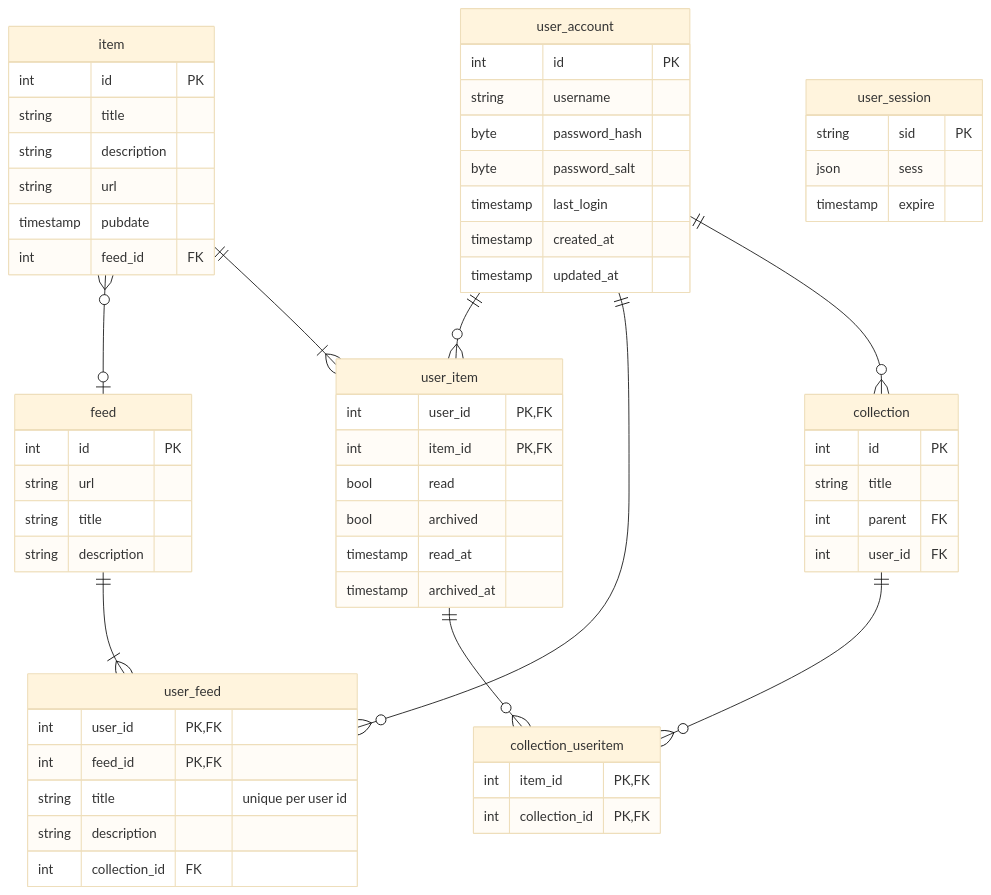
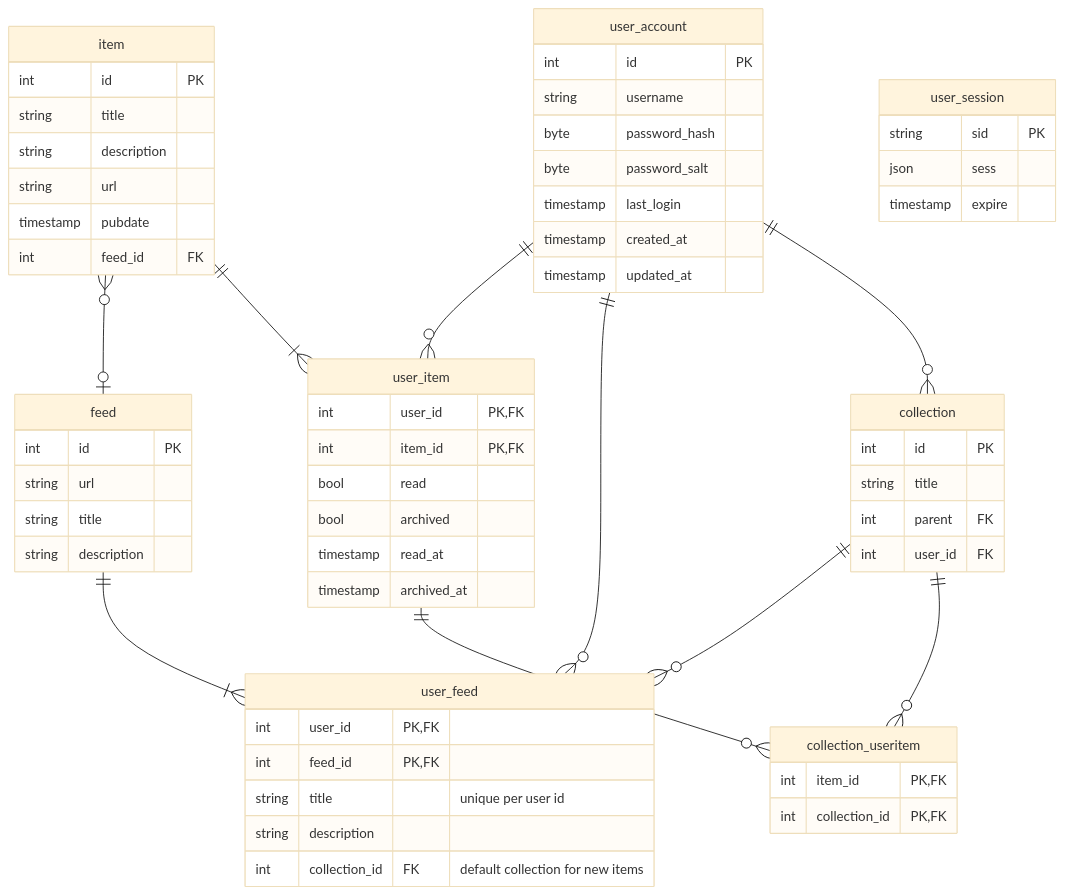
The diagram in database/README.md (tylershelton/inflow), drawn with Mermaid (base theme) before and after one commit.

Commit message:
Document new `user_feed.collection_id` column

````diff
--- a/database/README.md
+++ b/database/README.md
@@ -3,68 +3,69 @@
 ```mermaid
 erDiagram
   collection {
 	  int id PK
 	  string title
 	  int parent FK
 	  int user_id FK
 	}
 	feed {
 		int id PK
 		string url
 		string title
 		string description
 	}
 	item {
 		int id PK
 		string title
 		string description
 		string url
 		timestamp pubdate
 		int feed_id FK
 	}
 	user_account {
 		int id PK
 		string username
 		byte password_hash
 		byte password_salt
 		timestamp last_login
 		timestamp created_at
 		timestamp updated_at
 	}
 	user_session {
 		string sid PK
 		json sess
 		timestamp expire
 	}
 	collection_useritem {
 		int item_id PK,FK
 		int collection_id PK,FK
 	}
 	user_feed {
 		int user_id PK,FK
 		int feed_id PK,FK
 		string title "unique per user id"
 		string description
-		int collection_id FK
+		int collection_id FK "default collection for new items"
 	}
 	user_item {
 		int user_id PK,FK
 		int item_id PK,FK
 		bool read
 		bool archived
 		timestamp read_at
 		timestamp archived_at
 	}
 	
 	item zero or many -- zero or one feed : ""
 	user_item one -- zero or more collection_useritem : ""
 	item one -- one or more user_item : ""
 
 	user_account one -- zero or more user_item  : ""
 	user_account one -- zero or more user_feed  : ""
 	user_account one -- zero or more collection : ""
 	
 	feed one -- one or more user_feed : ""
 	
+	collection one -- zero or more user_feed : ""
 	collection one -- zero or more collection_useritem : ""
 ```
````
